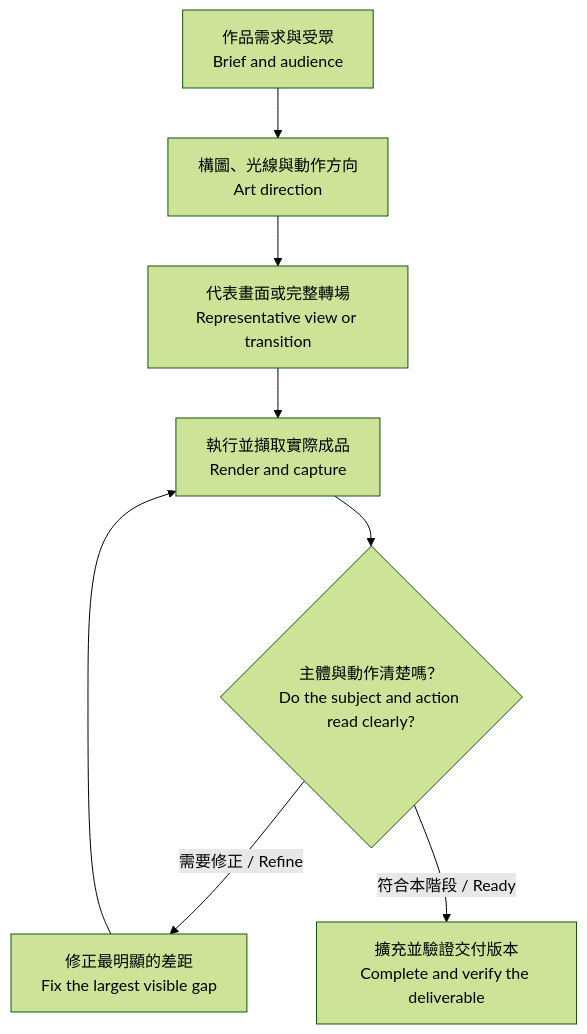
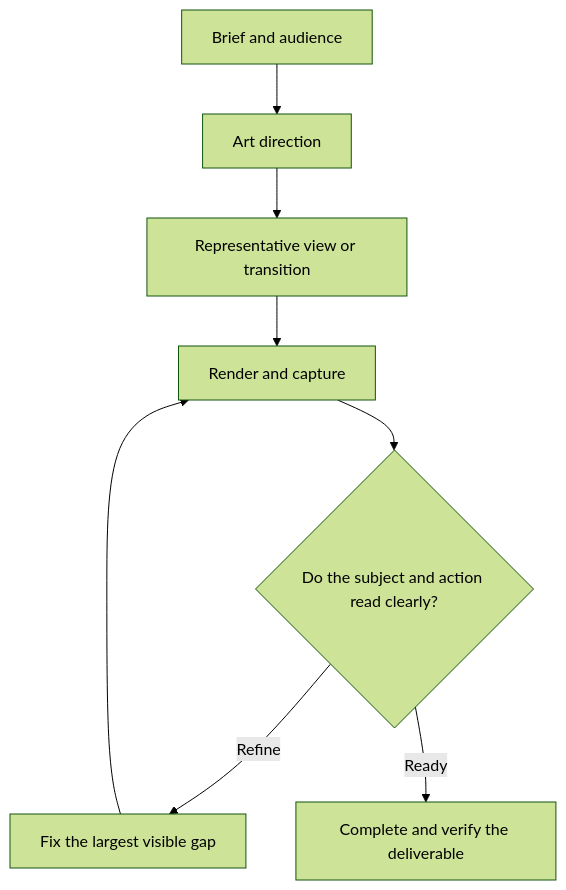
The diagram in README.md (ncusspm25/fable-design-public), drawn with Mermaid (forest theme) before and after one commit. The commit also changed other lines of this file and 23 other files, not shown here.

````diff
--- a/README.md
+++ b/README.md
@@ -25,10 +19,10 @@
 ```mermaid
 flowchart TD
-    A["作品需求與受眾<br/>Brief and audience"] --> B["構圖、光線與動作方向<br/>Art direction"]
-    B --> C["代表畫面或完整轉場<br/>Representative view or transition"]
-    C --> D["執行並擷取實際成品<br/>Render and capture"]
-    D --> E{"主體與動作清楚嗎？<br/>Do the subject and action read clearly?"}
-    E -->|"需要修正 / Refine"| F["修正最明顯的差距<br/>Fix the largest visible gap"]
+    A["Brief and audience"] --> B["Art direction"]
+    B --> C["Representative view or transition"]
+    C --> D["Render and capture"]
+    D --> E{"Do the subject and action read clearly?"}
+    E -->|"Refine"| F["Fix the largest visible gap"]
     F --> D
-    E -->|"符合本階段 / Ready"| G["擴充並驗證交付版本<br/>Complete and verify the deliverable"]
+    E -->|"Ready"| G["Complete and verify the deliverable"]
 ```
````
